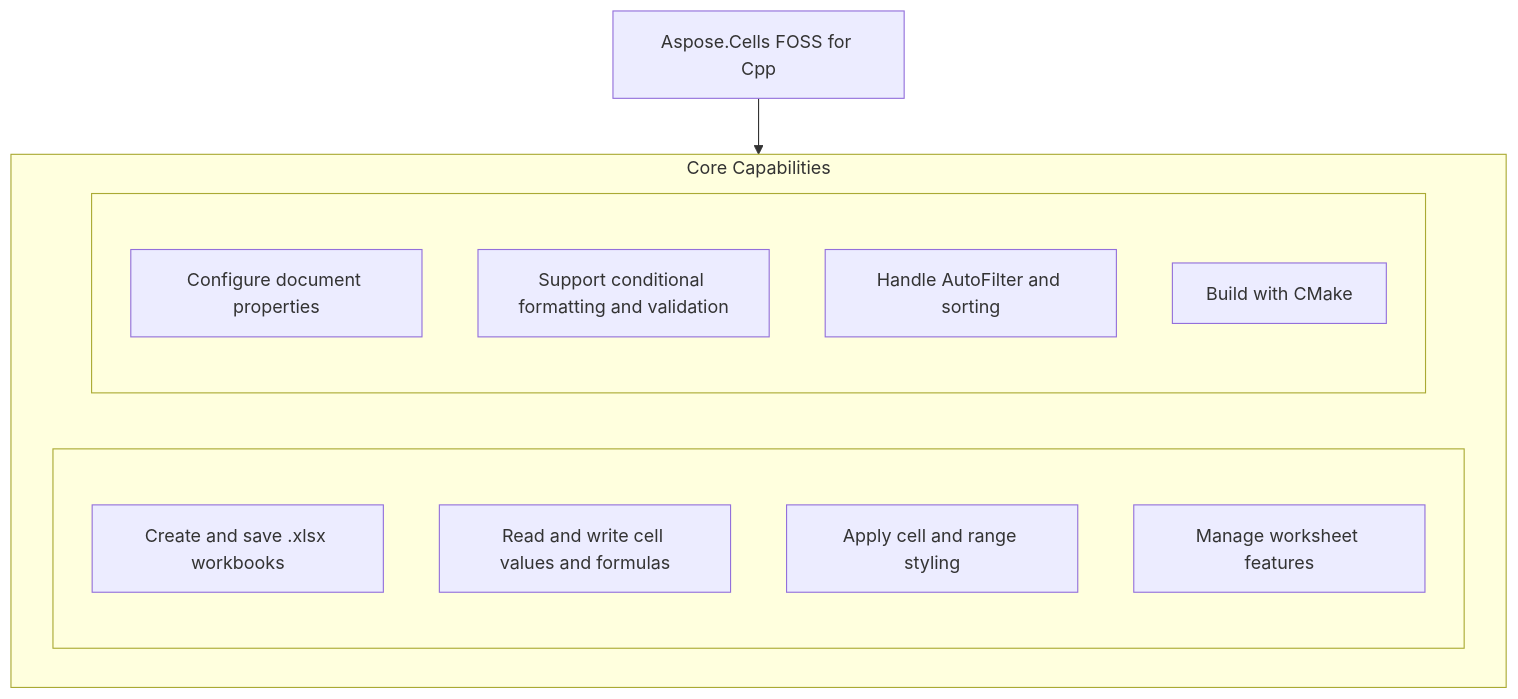
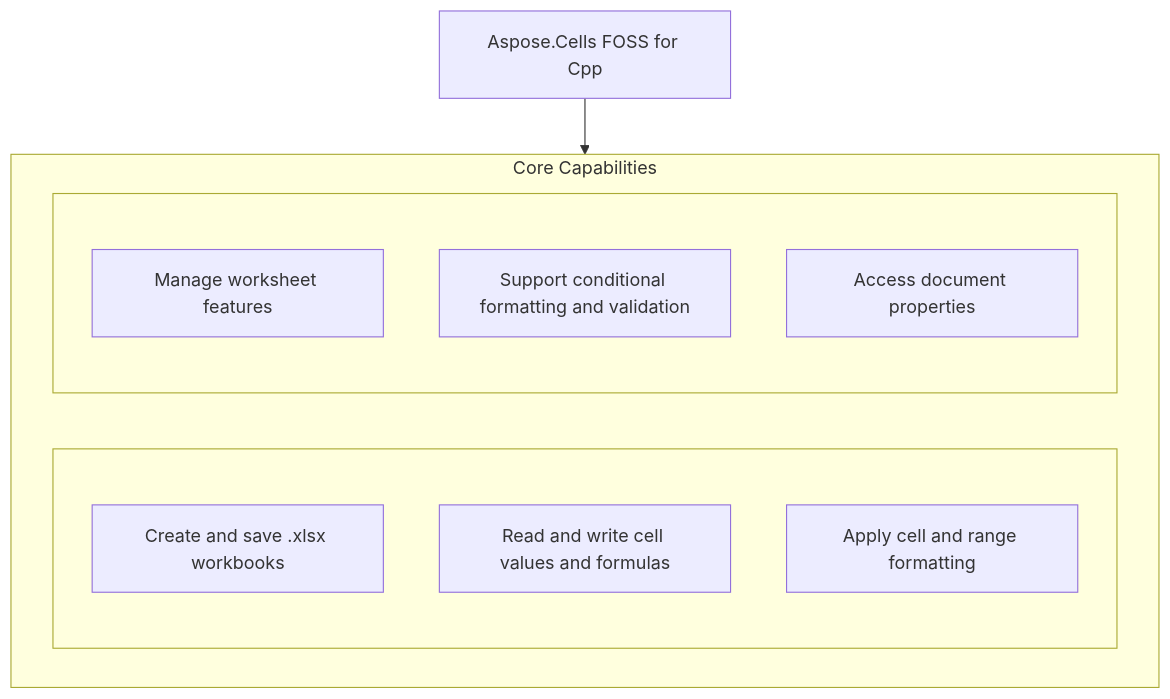
One commit to babar-raza/repository-presenter changed the diagram in candidates/aspose-cells-foss__Aspose.Cells-FOSS-for-Cpp/9f852d0ff1cfdad2d661556d6b87a8eff8c063a2/README.md. Above: the diagram before and after it, drawn with Mermaid. The commit also changed other lines of this file and 20 other files, not shown here.

````diff
--- a/candidates/aspose-cells-foss__Aspose.Cells-FOSS-for-Cpp/9f852d0ff1cfdad2d661556d6b87a8eff8c063a2/README.md
+++ b/candidates/aspose-cells-foss__Aspose.Cells-FOSS-for-Cpp/9f852d0ff1cfdad2d661556d6b87a8eff8c063a2/README.md
@@ -23,22 +23,20 @@
 ```mermaid
 flowchart TD
   PRODUCT["Aspose.Cells FOSS for Cpp"]
   subgraph Capabilities["Core Capabilities"]
     direction LR
     subgraph capl[" "]
       direction TB
       c1["Create and save .xlsx workbooks"]
       c2["Read and write cell values and formulas"]
-      c3["Apply cell and range styling"]
-      c4["Manage worksheet features"]
+      c3["Apply cell and range formatting"]
     end
     subgraph capr[" "]
       direction TB
-      c5["Configure document properties"]
-      c6["Support conditional formatting and validation"]
-      c7["Handle AutoFilter and sorting"]
-      c8["Build with CMake"]
+      c4["Manage worksheet features"]
+      c5["Support conditional formatting and validation"]
+      c6["Access document properties"]
     end
   end
   PRODUCT --> Capabilities
 ```
````
